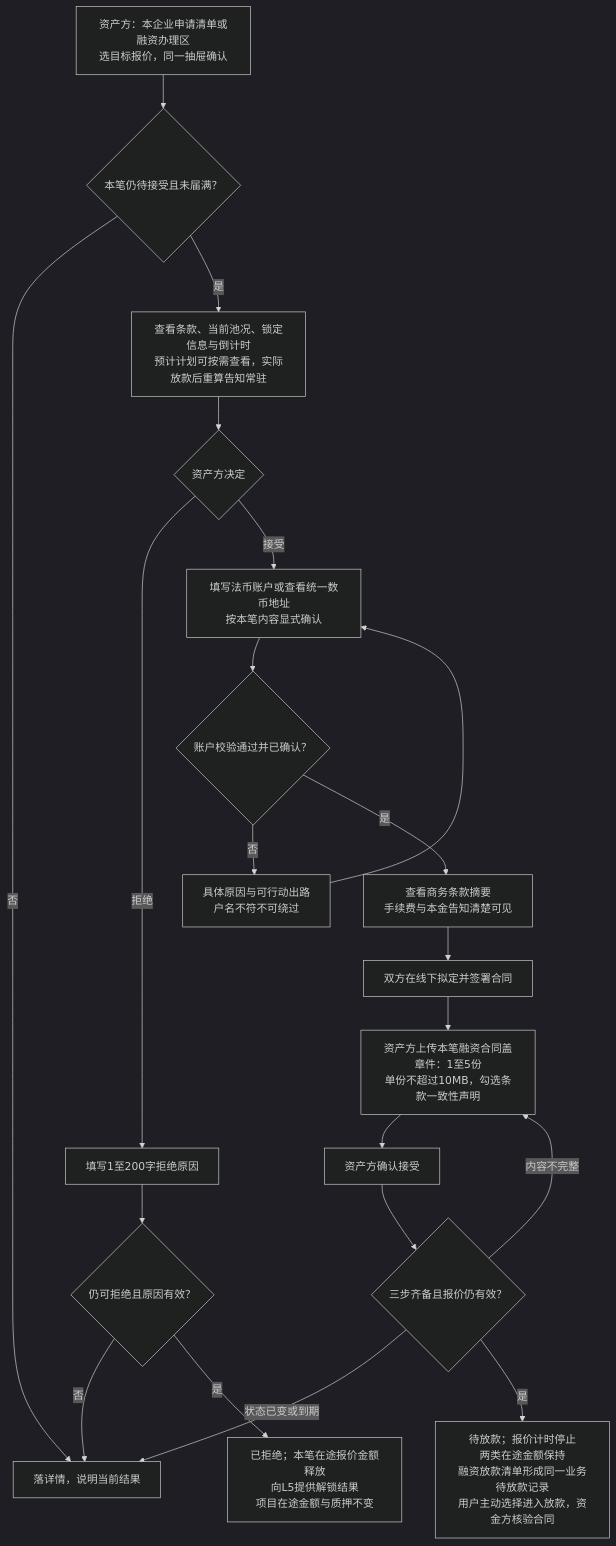
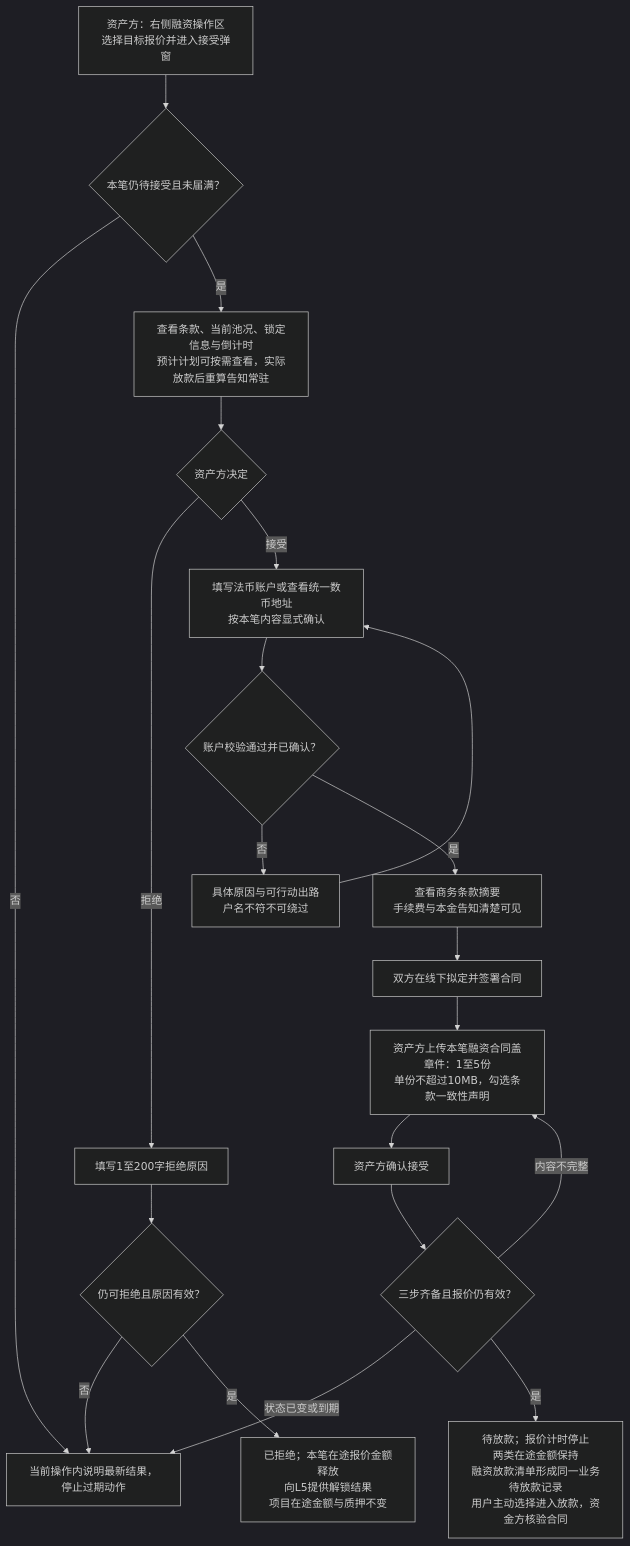
The second of 8 diagrams in lending-platform/PRD/v1.0-借贷广场-授信报价与接受拒绝/v1.0-借贷广场-授信报价与接受拒绝-流程图与状态机.md (wxblockchain/Chain-Financing), drawn with Mermaid (dark theme) before and after one commit. The commit also changed other lines of this file and 4 other files, not shown here.

````diff
--- a/lending-platform/PRD/v1.0-借贷广场-授信报价与接受拒绝/v1.0-借贷广场-授信报价与接受拒绝-流程图与状态机.md
+++ b/lending-platform/PRD/v1.0-借贷广场-授信报价与接受拒绝/v1.0-借贷广场-授信报价与接受拒绝-流程图与状态机.md
@@ -63,23 +56,23 @@
 ```mermaid
 flowchart TD
-  A["资产方：本企业申请清单或融资办理区<br/>选目标报价，同一抽屉确认"] --> B{"本笔仍待接受且未届满？"}
-  B -- "否" --> X["落详情，说明当前结果"]
+  A["资产方：右侧融资操作区<br/>选择目标报价并进入接受弹窗"] --> B{"本笔仍待接受且未届满？"}
+  B -- "否" --> X["当前操作内说明最新结果，停止过期动作"]
   B -- "是" --> C["查看条款、当前池况、锁定信息与倒计时<br/>预计计划可按需查看，实际放款后重算告知常驻"]
   C --> D{"资产方决定"}
   D -- "拒绝" --> R["填写1至200字拒绝原因"]
   R --> R1{"仍可拒绝且原因有效？"}
   R1 -- "否" --> X
   R1 -- "是" --> R2["已拒绝；本笔在途报价金额释放<br/>向L5提供解锁结果<br/>项目在途金额与质押不变"]
   D -- "接受" --> E["填写法币账户或查看统一数币地址<br/>按本笔内容显式确认"]
   E --> F{"账户校验通过并已确认？"}
   F -- "否" --> E1["具体原因与可行动出路<br/>户名不符不可绕过"]
   E1 --> E
   F -- "是" --> G["查看商务条款摘要<br/>手续费与本金告知清楚可见"]
   G --> H["双方在线下拟定并签署合同"]
   H --> I["资产方上传本笔融资合同盖章件：1至5份<br/>单份不超过10MB，勾选条款一致性声明"]
   I --> J["资产方确认接受"]
   J --> K{"三步齐备且报价仍有效？"}
   K -- "状态已变或到期" --> X
   K -- "内容不完整" --> I
   K -- "是" --> L["待放款；报价计时停止<br/>两类在途金额保持<br/>融资放款清单形成同一业务待放款记录<br/>用户主动选择进入放款，资金方核验合同"]
 ```
````
